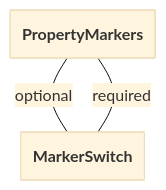
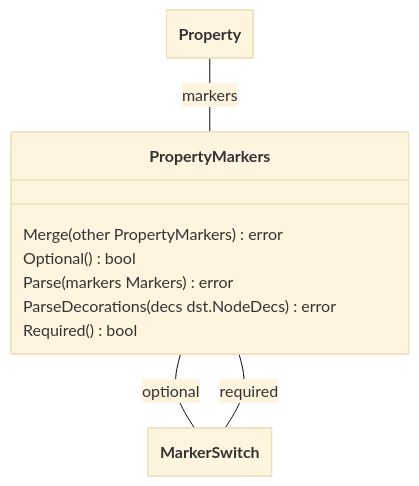
Before and after one commit to theunrepentantgeek/crddoc: diagram 15 of 17 in docs/model/model.md, drawn with Mermaid (base theme). The commit also changed other lines of this file and 8 other files, not shown here.

````diff
--- a/docs/model/model.md
+++ b/docs/model/model.md
@@ -577,17 +826,28 @@
 ```mermaid
 ---
   config:
     class:
       hideEmptyMembersBox: true
 ---
 classDiagram
 
-class PropertyMarkers["PropertyMarkers"]
+class PropertyMarkers["PropertyMarkers"]{  
+      Merge(other PropertyMarkers)error  
+      Optional()bool  
+      Parse(markers Markers)error  
+      ParseDecorations(decs dst.NodeDecs)error  
+      Required()bool
+
+
+} 
+
+Property -- PropertyMarkers : markers 
 
 PropertyMarkers -- MarkerSwitch : optional 
 PropertyMarkers -- MarkerSwitch : required 
 
+class Property["Property"]
 class MarkerSwitch["MarkerSwitch"]
 class MarkerSwitch["MarkerSwitch"]
 
 ```
````
